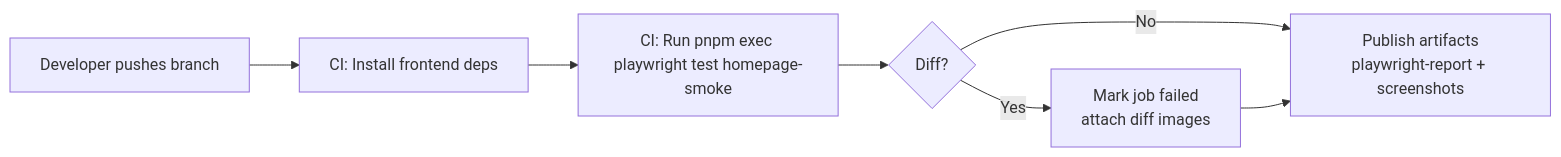
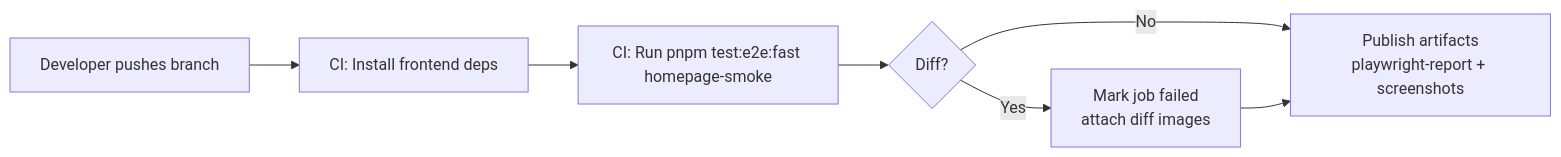
Before and after one commit to KjG-Bad-Abbach/kjg-nikolaus: the diagram in specs/02-SPEC-playwright-screenshot-poc.md, drawn with Mermaid. The commit also changed other lines of this file and 4 other files, not shown here.

````diff
--- a/specs/02-SPEC-playwright-screenshot-poc.md
+++ b/specs/02-SPEC-playwright-screenshot-poc.md
@@ -62,9 +62,9 @@
 ```mermaid
 flowchart LR
     A[Developer pushes branch] --> B[CI: Install frontend deps]
-    B --> C[CI: Run pnpm exec playwright test homepage-smoke]
+    B --> C[CI: Run pnpm test:e2e:fast homepage-smoke]
     C --> D{Diff?}
     D -- No --> E[Publish artifacts<br/>playwright-report + screenshots]
     D -- Yes --> F[Mark job failed<br/>attach diff images]
     F --> E
 ```
````
